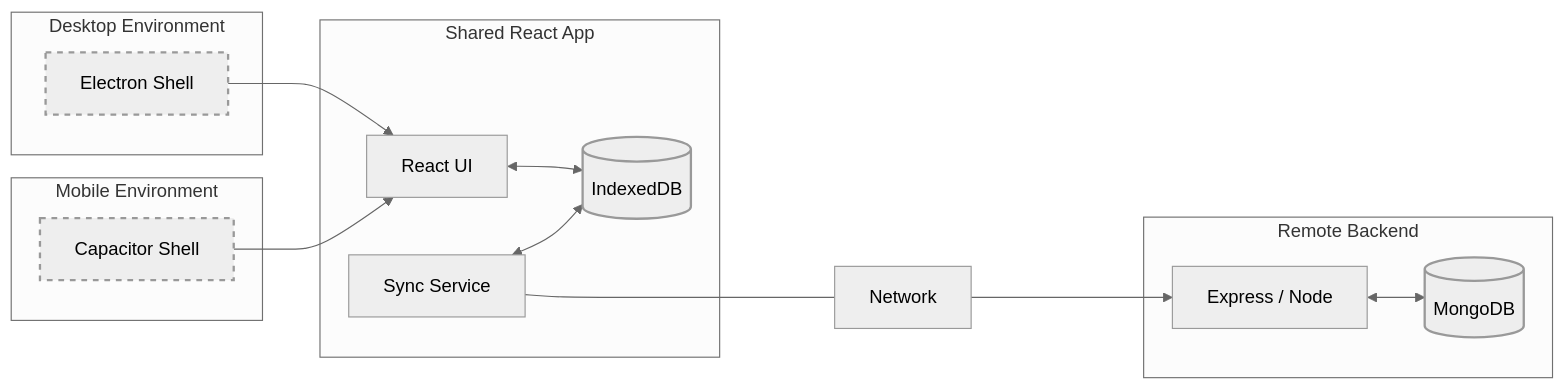
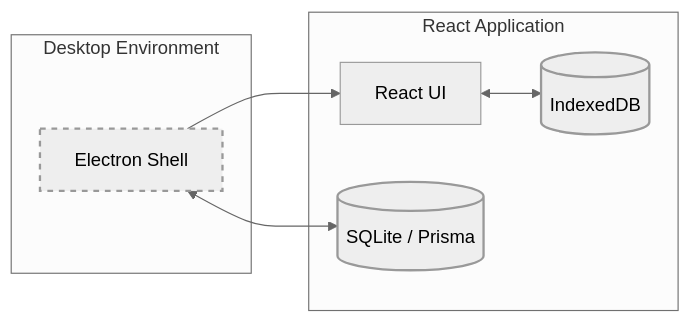
Before and after one commit to OleksandrHridzhak/Onda: the diagram in README.md, drawn with Mermaid (neutral theme). The commit also changed other lines of this file and 51 other files, not shown here.

Commit message:
feat: migrate database layer to SQLite with Prisma and IPC handlers

````diff
--- a/README.md
+++ b/README.md
@@ -41,40 +39,22 @@
 ```mermaid
 graph LR
     classDef host stroke-width:2px,stroke-dasharray: 5 5;
     classDef storage stroke-width:2px;
 
-    %% Платформи
     subgraph ElectronHost [Desktop Environment]
         Electron[Electron Shell]
     end
 
-    subgraph MobileHost [Mobile Environment]
-        Capacitor[Capacitor Shell]
+    subgraph ClientSide [React Application]
+        ReactUI[React UI]
+        IDB[(IndexedDB)]
+        SQLite[(SQLite / Prisma)]
     end
 
-    %% Спільний фронтенд
-    subgraph ClientSide [Shared React App]
-        ReactUI[React UI]
-        SyncService[Sync Service]
-        IDB[(IndexedDB)]
-    end
+    Electron --> ReactUI
+    ReactUI <--> IDB
+    Electron <--> SQLite
 
-    %% Сервер
-    subgraph ServerSide [Remote Backend]
-        Express[Express / Node]
-        DB[(MongoDB)]
-    end
-
-    %% Зв'язки
-    Electron --> ReactUI
-    Capacitor --> ReactUI
-
-    ReactUI <--> IDB
-    SyncService <--> IDB
-    SyncService <---- Network ----> Express
-    Express <--> DB
-
-    %% Призначення класів для форм
-    class Electron,Capacitor host;
-    class Redux,IDB,DB storage;
+    class Electron host;
+    class IDB,SQLite storage;
 ```
````
